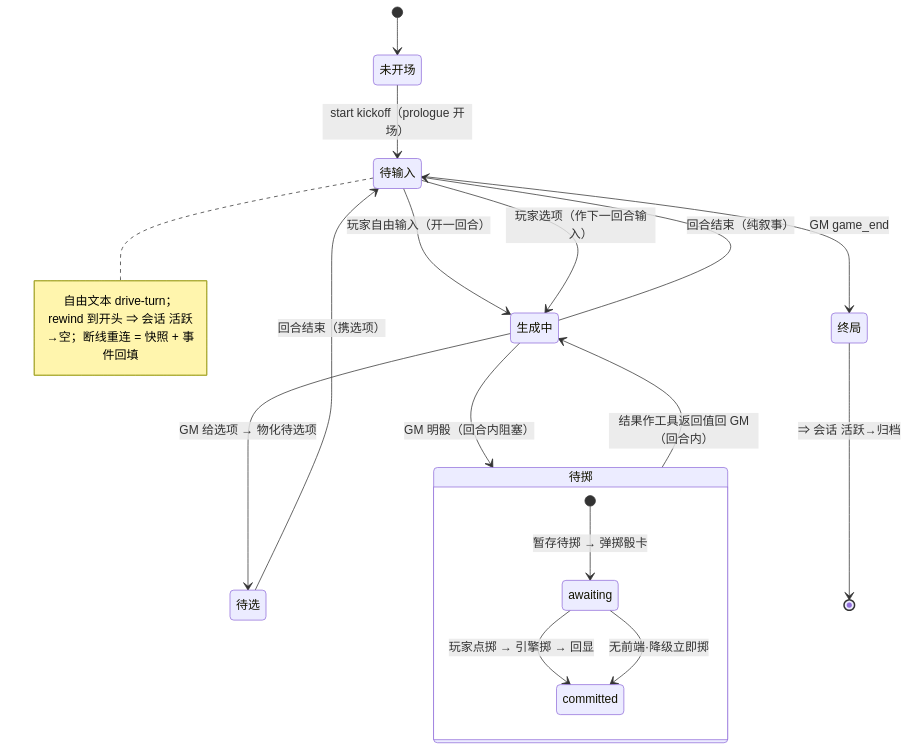
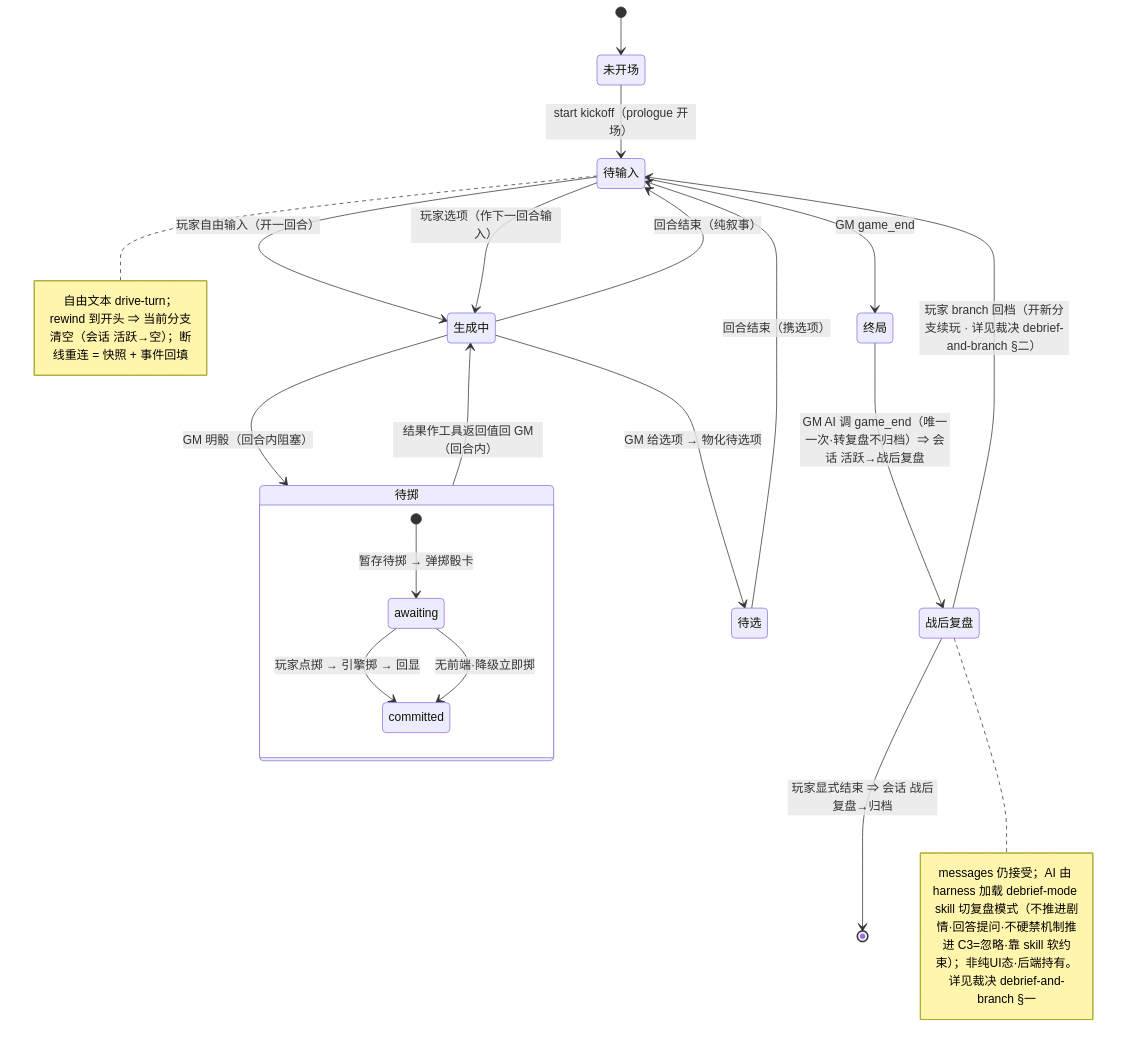
The second of 10 diagrams in docs/tdd/acceptance-loop-2026-07-06/0-state-machines.md (MuLeiSY2021/Dicelore), drawn with Mermaid before and after one commit. The commit also changed other lines of this file and 19 other files, not shown here.

First line of the commit message:
feat: Add new decision documents for debrief-and-branch, dock-card-template, model-switch, session-surface-flatten, and usage-and-context

````diff
--- a/docs/tdd/acceptance-loop-2026-07-06/0-state-machines.md
+++ b/docs/tdd/acceptance-loop-2026-07-06/0-state-machines.md
@@ -40,20 +41,23 @@
 ```mermaid
 stateDiagram-v2
   [*] --> 未开场
   未开场 --> 待输入 : start kickoff（prologue 开场）
   待输入 --> 生成中 : 玩家自由输入（开一回合）
   生成中 --> 待输入 : 回合结束（纯叙事）
   生成中 --> 待掷 : GM 明骰（回合内阻塞）
   state 待掷 {
     [*] --> awaiting : 暂存待掷 → 弹掷骰卡
     awaiting --> committed : 玩家点掷 → 引擎掷 → 回显
     awaiting --> committed : 无前端·降级立即掷
   }
   待掷 --> 生成中 : 结果作工具返回值回 GM（回合内）
   生成中 --> 待选 : GM 给选项 → 物化待选项
   待选 --> 待输入 : 回合结束（携选项）
   待输入 --> 生成中 : 玩家选项（作下一回合输入）
   待输入 --> 终局 : GM game_end
-  终局 --> [*] : ⇒ 会话 活跃→归档
-  note right of 待输入 : 自由文本 drive-turn；rewind 到开头 ⇒ 会话 活跃→空；断线重连 = 快照 + 事件回填
+  终局 --> 战后复盘 : GM AI 调 game_end（唯一一次·转复盘不归档）⇒ 会话 活跃→战后复盘
+  战后复盘 --> 待输入 : 玩家 branch 回档（开新分支续玩 · 详见裁决 debrief-and-branch §二）
+  战后复盘 --> [*] : 玩家显式结束 ⇒ 会话 战后复盘→归档
+  note right of 待输入 : 自由文本 drive-turn；rewind 到开头 ⇒ 当前分支清空（会话 活跃→空）；断线重连 = 快照 + 事件回填
+  note right of 战后复盘 : messages 仍接受；AI 由 harness 加载 debrief-mode skill 切复盘模式（不推进剧情·回答提问·不硬禁机制推进 C3=忽略·靠 skill 软约束）；非纯UI态·后端持有。详见裁决 debrief-and-branch §一
 ```
````
